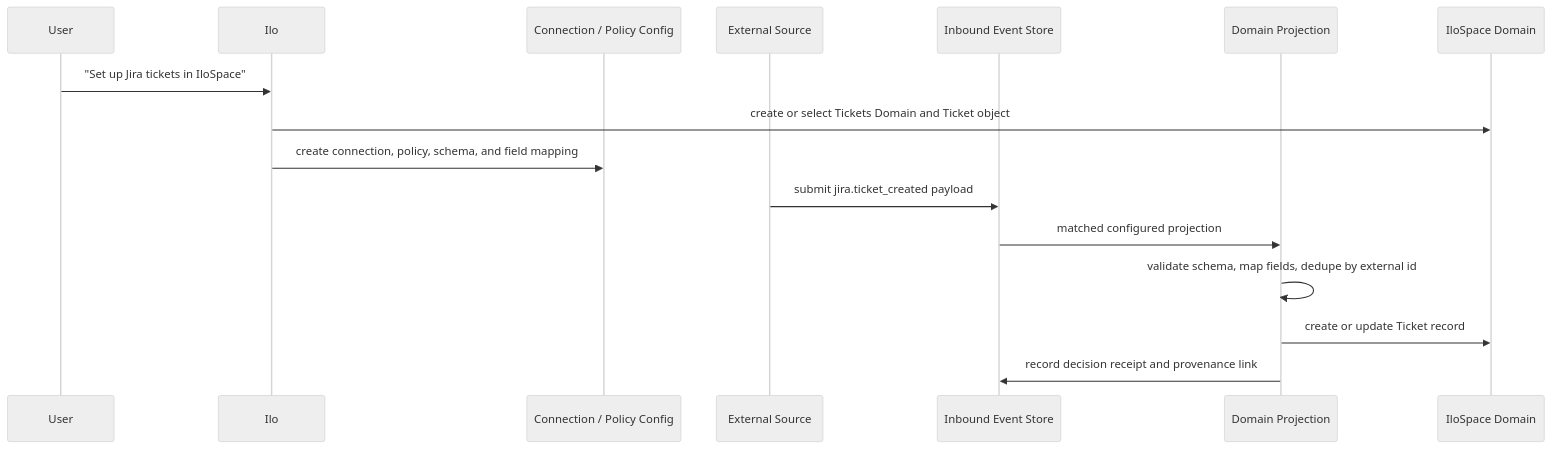
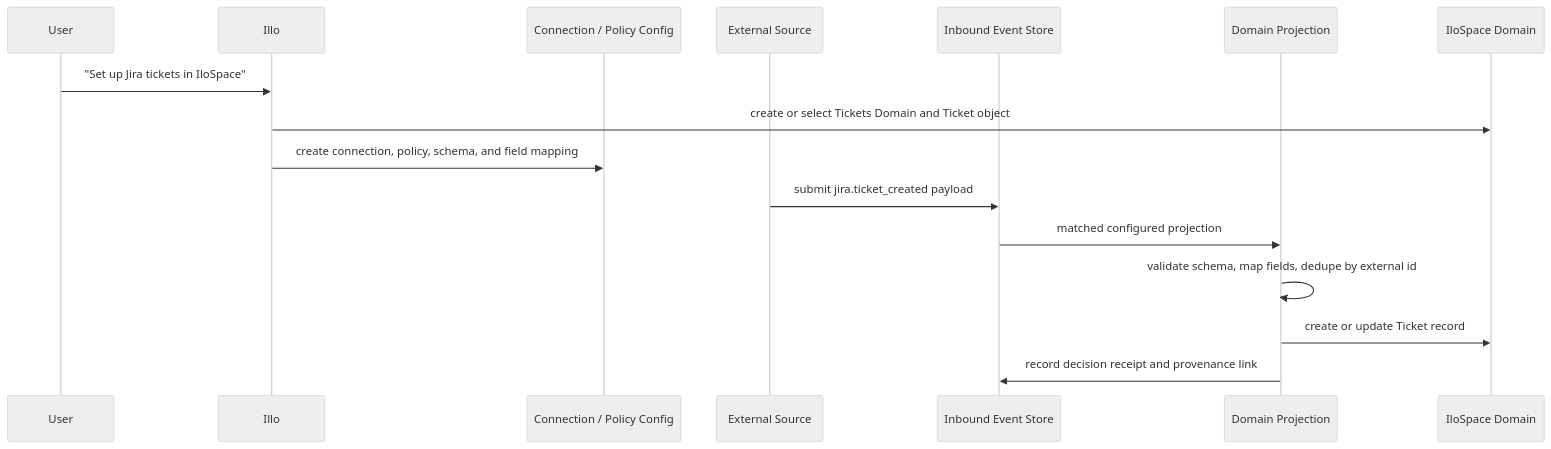
The fourth of 7 diagrams in docs/prd-inbound-coordination-layer.md (Illospace/illospace), drawn with Mermaid (neutral theme) before and after one commit. The commit also changed other lines of this file and 2 other files, not shown here.

````diff
--- a/docs/prd-inbound-coordination-layer.md
+++ b/docs/prd-inbound-coordination-layer.md
@@ -574,19 +606,19 @@
 ```mermaid
 sequenceDiagram
     participant User as User
-    participant Ilo as Ilo
+    participant Illo as Illo
     participant Config as Connection / Policy Config
     participant Webhook as External Source
     participant Store as Inbound Event Store
     participant Projection as Domain Projection
     participant Domain as IloSpace Domain
 
-    User->>Ilo: "Set up Jira tickets in IloSpace"
-    Ilo->>Domain: create or select Tickets Domain and Ticket object
-    Ilo->>Config: create connection, policy, schema, and field mapping
+    User->>Illo: "Set up Jira tickets in IloSpace"
+    Illo->>Domain: create or select Tickets Domain and Ticket object
+    Illo->>Config: create connection, policy, schema, and field mapping
     Webhook->>Store: submit jira.ticket_created payload
     Store->>Projection: matched configured projection
     Projection->>Projection: validate schema, map fields, dedupe by external id
     Projection->>Domain: create or update Ticket record
     Projection->>Store: record decision receipt and provenance link
 ```
````
